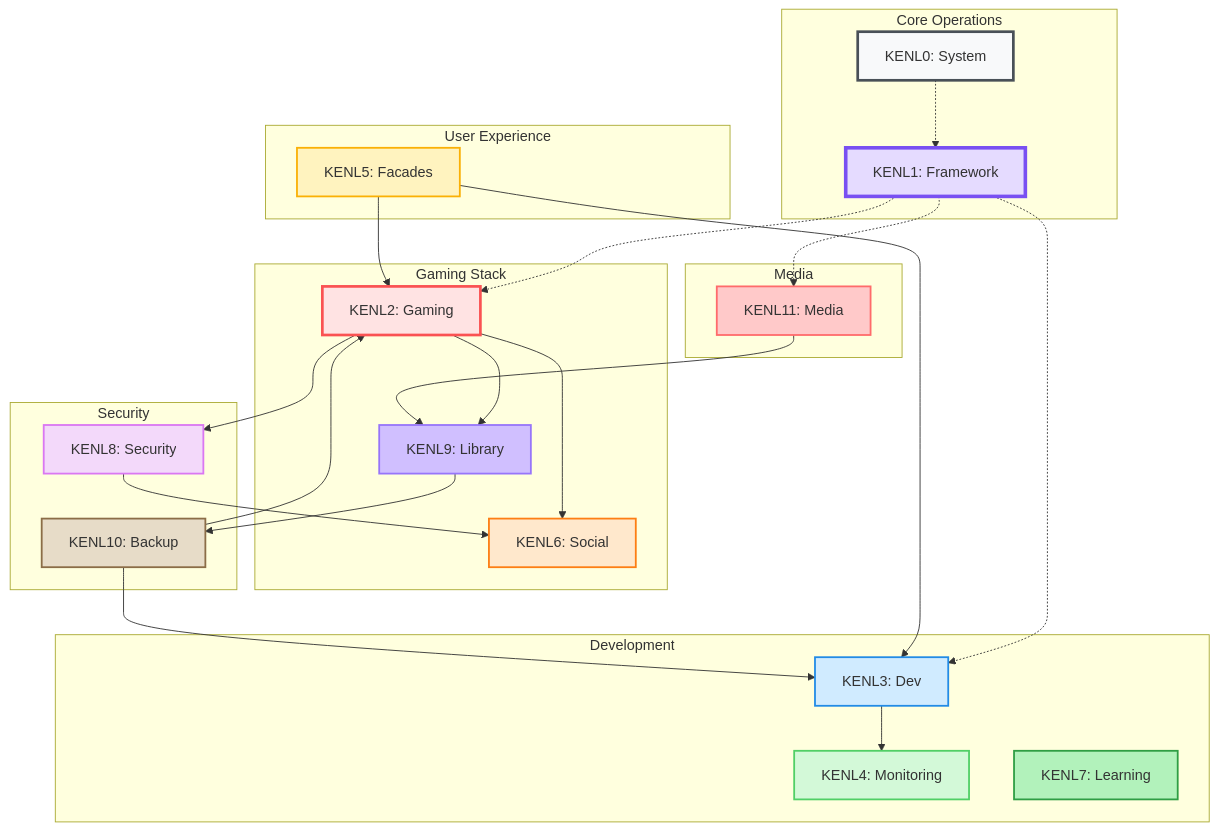
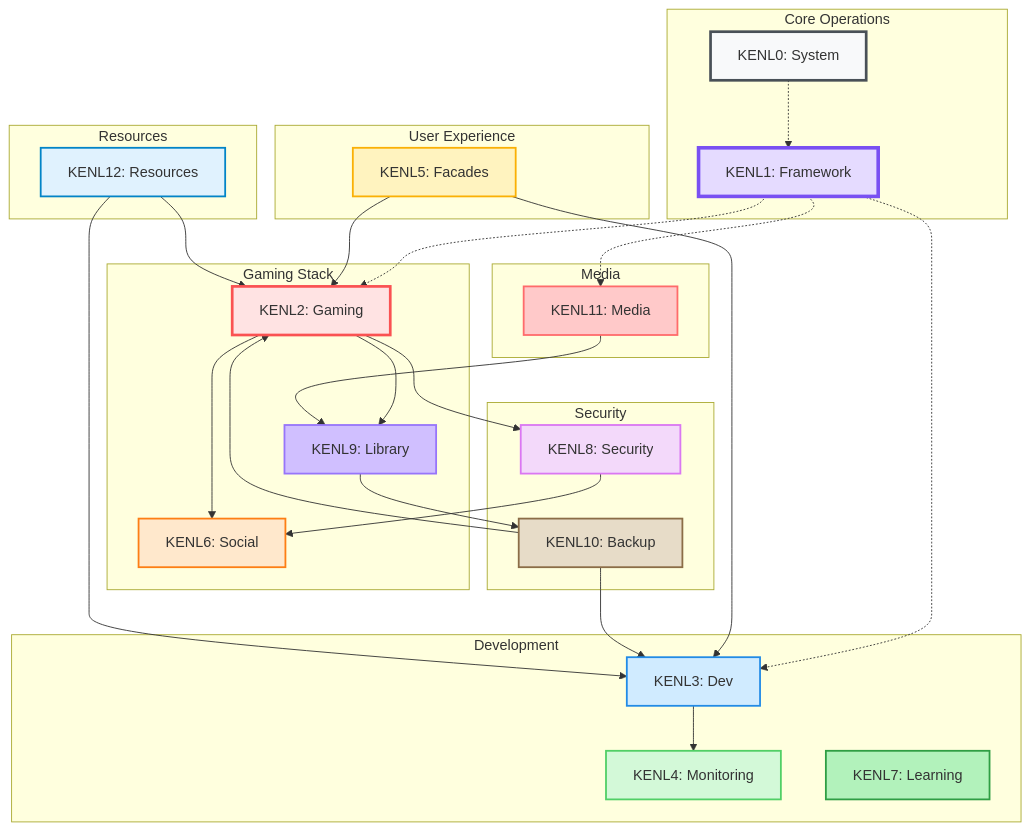
The second of 2 diagrams in README.md (toolate28/kenl), drawn with Mermaid before and after one commit. The commit also changed other lines of this file and 1 other file, not shown here.

````diff
--- a/README.md
+++ b/README.md
@@ -93,61 +148,68 @@
 ```mermaid
 graph TB
     subgraph Core[Core Operations]
         K0[KENL0: System]
         K1[KENL1: Framework]
     end
 
     subgraph Gaming[Gaming Stack]
         K2[KENL2: Gaming]
         K6[KENL6: Social]
         K9[KENL9: Library]
     end
 
     subgraph Dev[Development]
         K3[KENL3: Dev]
         K4[KENL4: Monitoring]
         K7[KENL7: Learning]
     end
 
     subgraph Media[Media]
         K11[KENL11: Media]
     end
 
     subgraph UX[User Experience]
         K5[KENL5: Facades]
     end
 
     subgraph Security[Security]
         K8[KENL8: Security]
         K10[KENL10: Backup]
     end
 
+    subgraph Resources[Resources]
+        K12[KENL12: Resources]
+    end
+
     K0 -.-> K1
     K1 -.-> K2
     K1 -.-> K3
     K1 -.-> K11
     K2 --> K9
     K2 --> K8
     K2 --> K6
     K3 --> K4
     K5 --> K2
     K5 --> K3
     K9 --> K10
     K10 --> K2
     K10 --> K3
     K8 --> K6
     K11 --> K9
+    K12 --> K2
+    K12 --> K3
 
     style K0 fill:#f8f9fa,stroke:#495057,stroke-width:3px
     style K1 fill:#e5dbff,stroke:#7950f2,stroke-width:4px
     style K2 fill:#ffe3e3,stroke:#fa5252,stroke-width:3px
     style K3 fill:#d0ebff,stroke:#228be6,stroke-width:2px
     style K4 fill:#d3f9d8,stroke:#51cf66,stroke-width:2px
     style K5 fill:#fff3bf,stroke:#fab005,stroke-width:2px
     style K6 fill:#ffe8cc,stroke:#fd7e14,stroke-width:2px
     style K7 fill:#b2f2bb,stroke:#2f9e44,stroke-width:2px
     style K8 fill:#f3d9fa,stroke:#da77f2,stroke-width:2px
     style K9 fill:#d0bfff,stroke:#9775fa,stroke-width:2px
     style K10 fill:#e7dcc8,stroke:#8b6d47,stroke-width:2px
     style K11 fill:#ffc9c9,stroke:#ff6b6b,stroke-width:2px
+    style K12 fill:#e0f2fe,stroke:#0284c7,stroke-width:2px
 ```
````
